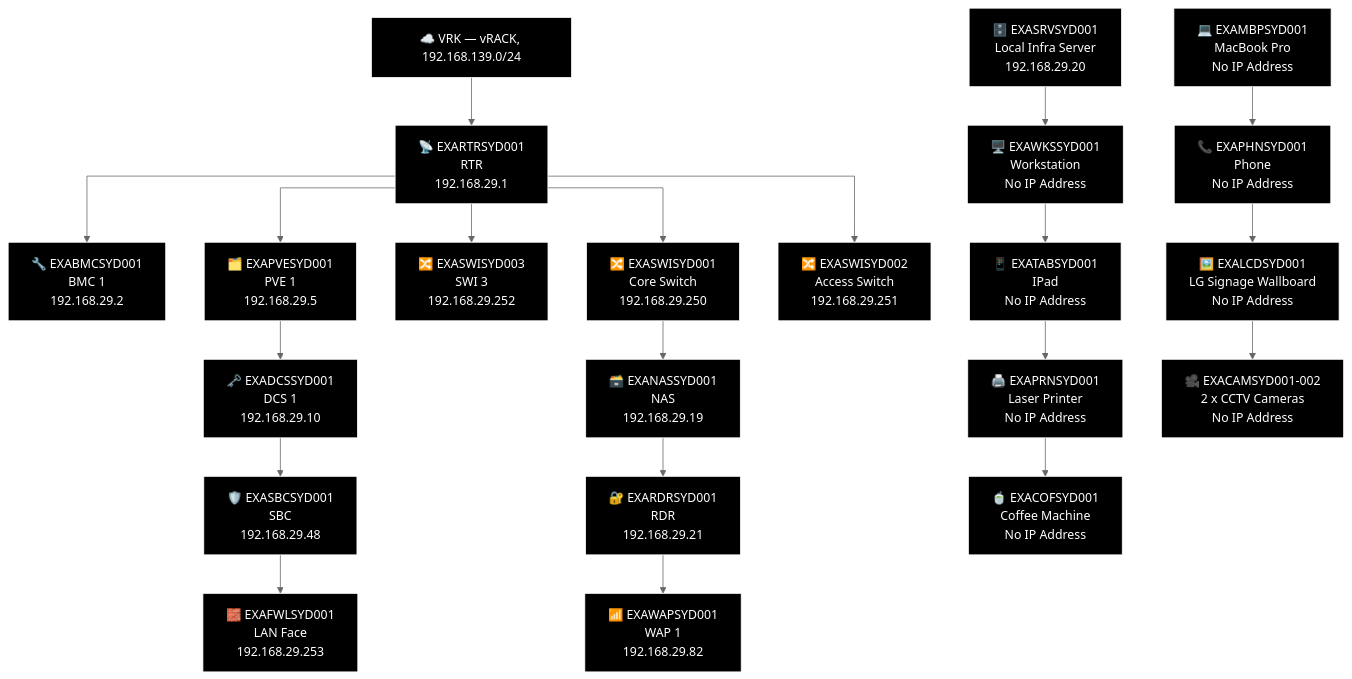
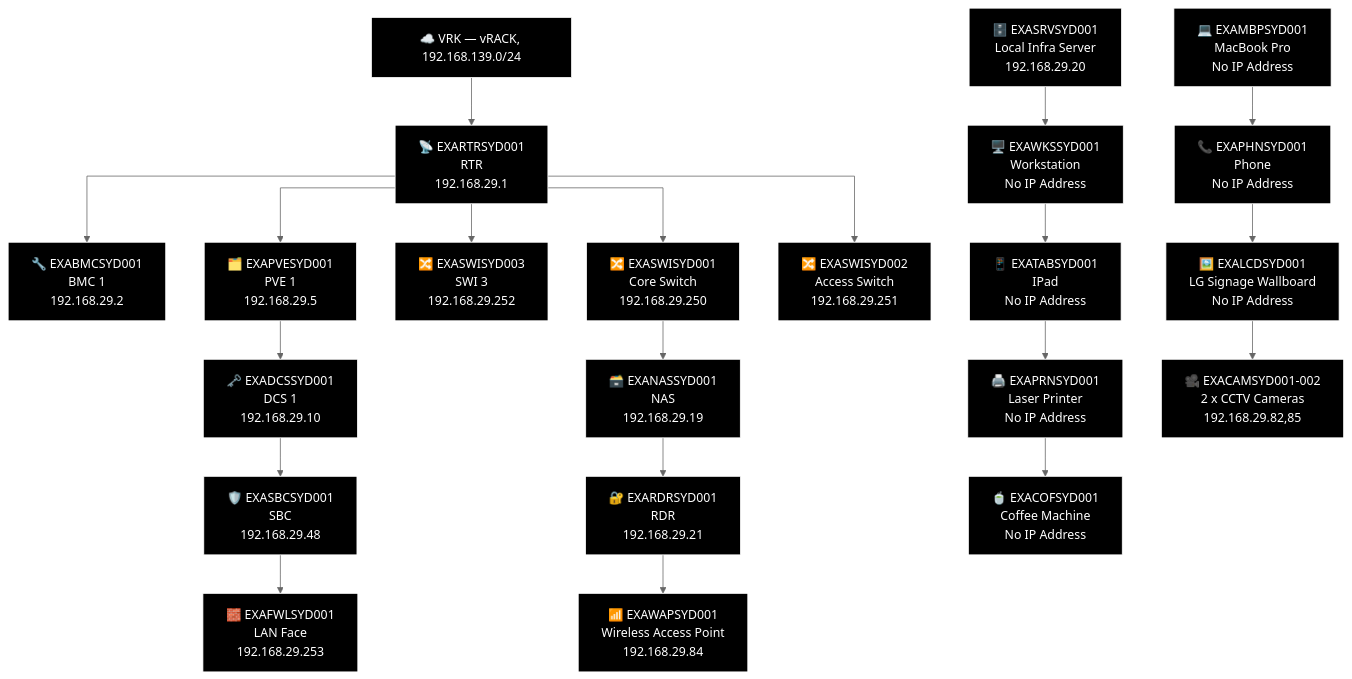
The third of 6 diagrams in docs/network-diagram/australia.md (knightmare2600/example_music_infra), drawn with Mermaid (neutral theme) before and after one commit. The commit also changed 25 other files, not shown here.

````diff
--- a/docs/network-diagram/australia.md
+++ b/docs/network-diagram/australia.md
@@ -136,60 +136,60 @@
 ```mermaid
 %% GENERATED:TOPOLOGY:SYD:START
 %%{init: {'flowchart': {'curve': 'stepAfter'}}}%%
 graph TD
     T_VRK["☁️ VRK — vRACK, 192.168.139.0/24"]
     T_RTR["📡 EXARTRSYD001<br/>RTR<br/>192.168.29.1"]
     T_VRK --> T_RTR
     T_BMC["🔧 EXABMCSYD001<br/>BMC 1<br/>192.168.29.2"]
     T_RTR --> T_BMC
     T_PVE["🗂️ EXAPVESYD001<br/>PVE 1<br/>192.168.29.5"]
     T_RTR --> T_PVE
     T_SWI["🔀 EXASWISYD003<br/>SWI 3<br/>192.168.29.252"]
     T_RTR --> T_SWI
     T_SWI2["🔀 EXASWISYD001<br/>Core Switch<br/>192.168.29.250"]
     T_RTR --> T_SWI2
     T_SWI3["🔀 EXASWISYD002<br/>Access Switch<br/>192.168.29.251"]
     T_RTR --> T_SWI3
     T_NAS["🗃️ EXANASSYD001<br/>NAS<br/>192.168.29.19"]
     T_RDR["🔐 EXARDRSYD001<br/>RDR<br/>192.168.29.21"]
-    T_WAP["📶 EXAWAPSYD001<br/>WAP 1<br/>192.168.29.82"]
+    T_WAP["📶 EXAWAPSYD001<br/>Wireless Access Point<br/>192.168.29.84"]
     T_SWI2 --> T_NAS --> T_RDR --> T_WAP
     T_DCS["🗝️ EXADCSSYD001<br/>DCS 1<br/>192.168.29.10"]
     T_SBC["🛡️ EXASBCSYD001<br/>SBC<br/>192.168.29.48"]
     T_FWL["🧱 EXAFWLSYD001<br/>LAN Face<br/>192.168.29.253"]
     T_PVE --> T_DCS --> T_SBC --> T_FWL
     T_SRV["🗄️ EXASRVSYD001<br/>Local Infra Server<br/>192.168.29.20"]
     T_MBP["💻 EXAMBPSYD001<br/>MacBook Pro<br/>No IP Address"]
     T_WKS["🖥️ EXAWKSSYD001<br/>Workstation<br/>No IP Address"]
     T_PHN["📞 EXAPHNSYD001<br/>Phone<br/>No IP Address"]
     T_TAB["📱 EXATABSYD001<br/>IPad<br/>No IP Address"]
     T_LCD["🖼️ EXALCDSYD001<br/>LG Signage Wallboard<br/>No IP Address"]
     T_PRN["🖨️ EXAPRNSYD001<br/>Laser Printer<br/>No IP Address"]
-    T_OTH_CAM["🎥 EXACAMSYD001-002<br/>2 x CCTV Cameras<br/>No IP Address"]
+    T_OTH_CAM["🎥 EXACAMSYD001-002<br/>2 x CCTV Cameras<br/>192.168.29.82,85"]
     T_COF["🍵 EXACOFSYD001<br/>Coffee Machine<br/>No IP Address"]
     T_SRV --> T_WKS --> T_TAB --> T_PRN --> T_COF
     T_MBP --> T_PHN --> T_LCD --> T_OTH_CAM
     style T_VRK fill:#000000,stroke:#FFFFFF,color:#FFFFFF
     style T_RTR fill:#000000,stroke:#FFFFFF,color:#FFFFFF
     style T_BMC fill:#000000,stroke:#FFFFFF,color:#FFFFFF
     style T_PVE fill:#000000,stroke:#FFFFFF,color:#FFFFFF
     style T_SWI fill:#000000,stroke:#FFFFFF,color:#FFFFFF
     style T_SWI2 fill:#000000,stroke:#FFFFFF,color:#FFFFFF
     style T_SWI3 fill:#000000,stroke:#FFFFFF,color:#FFFFFF
     style T_NAS fill:#000000,stroke:#FFFFFF,color:#FFFFFF
     style T_RDR fill:#000000,stroke:#FFFFFF,color:#FFFFFF
     style T_WAP fill:#000000,stroke:#FFFFFF,color:#FFFFFF
     style T_DCS fill:#000000,stroke:#FFFFFF,color:#FFFFFF
     style T_SBC fill:#000000,stroke:#FFFFFF,color:#FFFFFF
     style T_FWL fill:#000000,stroke:#FFFFFF,color:#FFFFFF
     style T_SRV fill:#000000,stroke:#FFFFFF,color:#FFFFFF
     style T_MBP fill:#000000,stroke:#FFFFFF,color:#FFFFFF
     style T_WKS fill:#000000,stroke:#FFFFFF,color:#FFFFFF
     style T_PHN fill:#000000,stroke:#FFFFFF,color:#FFFFFF
     style T_TAB fill:#000000,stroke:#FFFFFF,color:#FFFFFF
     style T_LCD fill:#000000,stroke:#FFFFFF,color:#FFFFFF
     style T_PRN fill:#000000,stroke:#FFFFFF,color:#FFFFFF
     style T_OTH_CAM fill:#000000,stroke:#FFFFFF,color:#FFFFFF
     style T_COF fill:#000000,stroke:#FFFFFF,color:#FFFFFF
 %% GENERATED:TOPOLOGY:SYD:END
 ```
````
